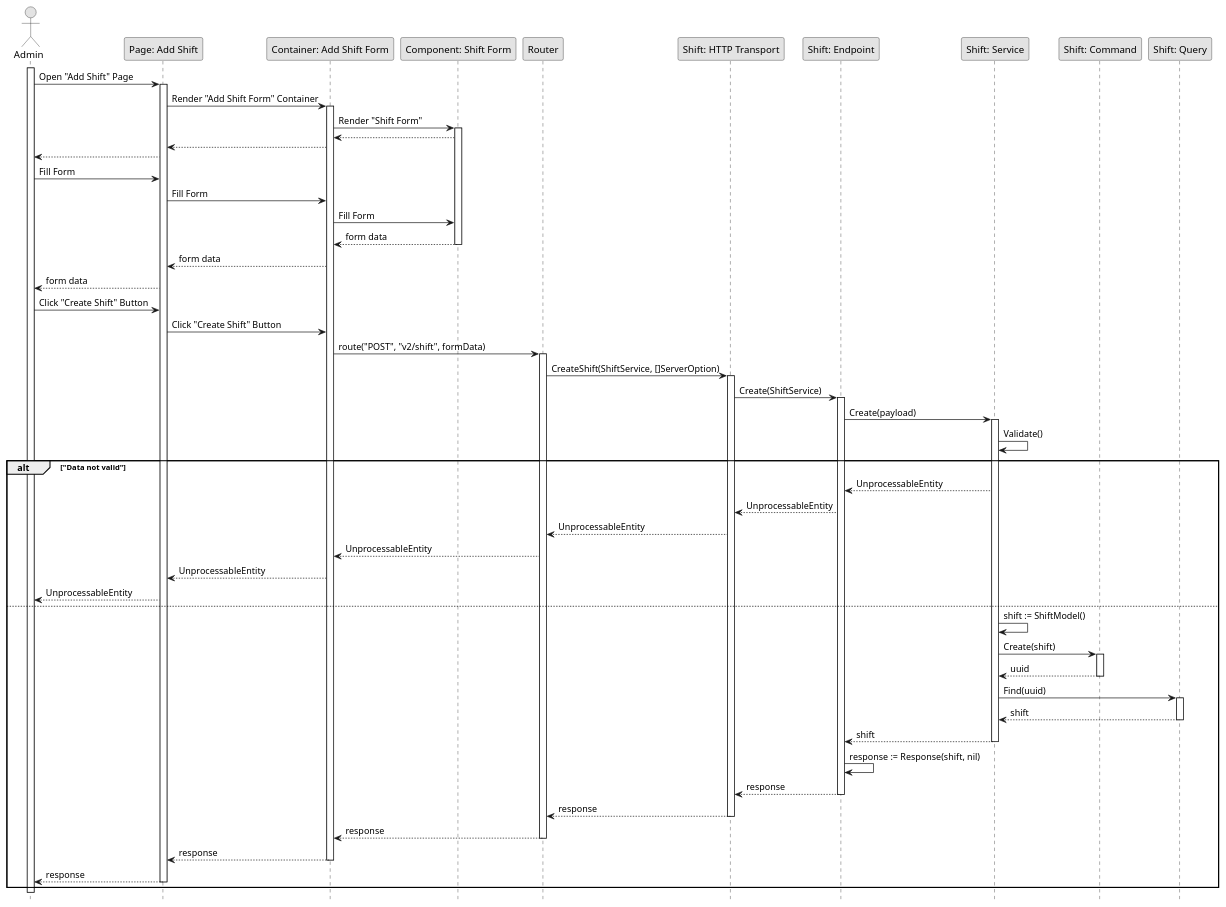
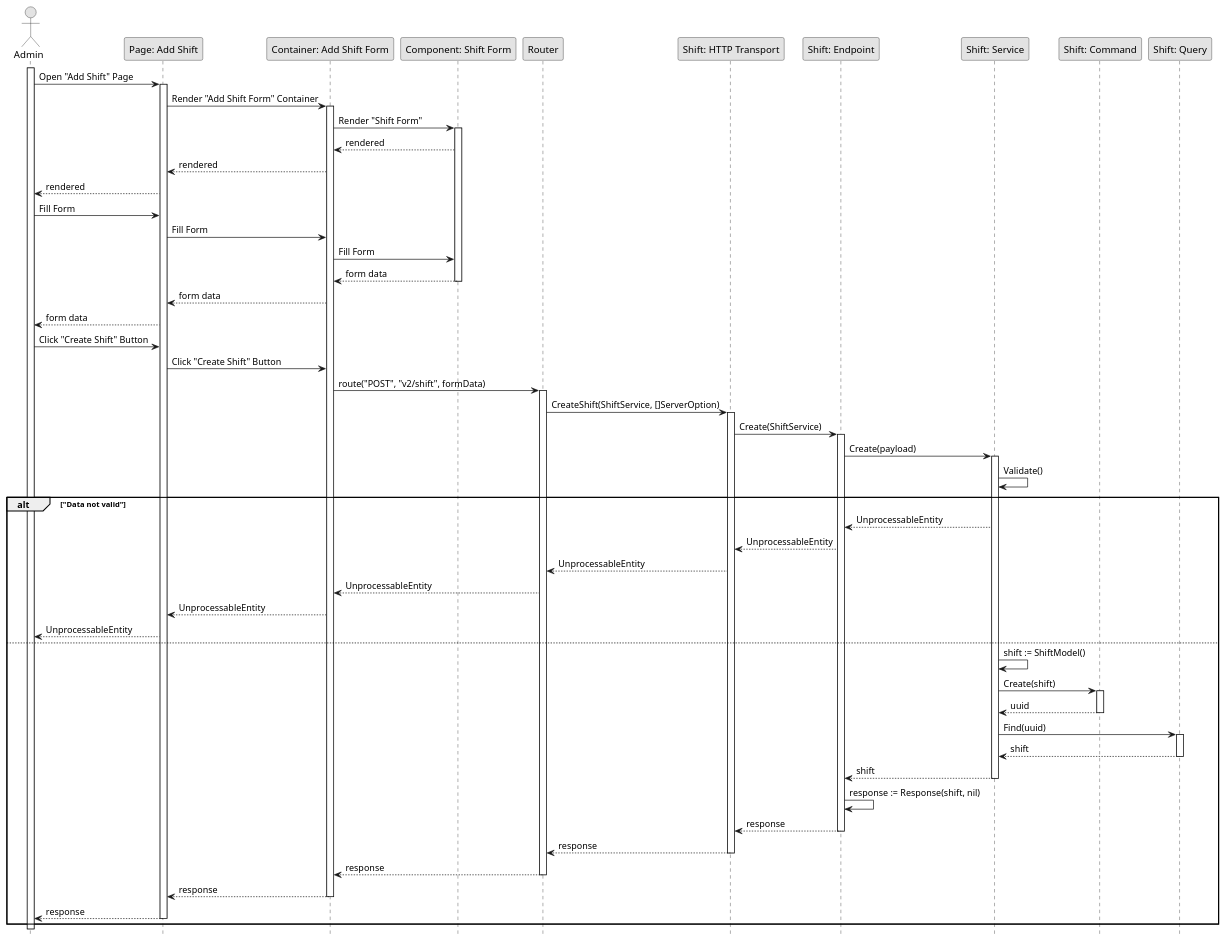
One commit to fwidjaya20/fazzlearning-uml changed the diagram in Sequence/Release02/CreateShift.wsd. Above: the diagram before and after it, drawn with PlantUML. The commit also changed 26 other files, not shown here.

Commit message:
fix(sequence): adding return wording

```diff
--- a/Sequence/Release02/CreateShift.wsd
+++ b/Sequence/Release02/CreateShift.wsd
@@ -1,84 +1,84 @@
 @startuml CreateShift
 
 skinparam Monochrome true
 skinparam Shadowing false
 hide footbox
 
 actor Admin
 participant "Page: Add Shift" as AddShiftPage
 participant "Container: Add Shift Form" as AddShiftFormContainer
 participant "Component: Shift Form" as ShiftForm
 participant "Router" as Router
 participant "Shift: HTTP Transport" as ShiftHTTPTransport
 participant "Shift: Endpoint" as ShiftEndpoint
 participant "Shift: Service" as ShiftService
 participant "Shift: Command" as ShiftCommand
 participant "Shift: Query" as ShiftQuery
 
 activate Admin
 
 Admin->AddShiftPage: Open "Add Shift" Page
 activate AddShiftPage
 AddShiftPage->AddShiftFormContainer: Render "Add Shift Form" Container
 activate AddShiftFormContainer
 AddShiftFormContainer->ShiftForm: Render "Shift Form"
 activate ShiftForm
-ShiftForm-->AddShiftFormContainer
-AddShiftFormContainer-->AddShiftPage
-AddShiftPage-->Admin
+ShiftForm-->AddShiftFormContainer: rendered
+AddShiftFormContainer-->AddShiftPage: rendered
+AddShiftPage-->Admin: rendered
 
 Admin->AddShiftPage: Fill Form
 AddShiftPage->AddShiftFormContainer: Fill Form
 AddShiftFormContainer->ShiftForm: Fill Form
 ShiftForm-->AddShiftFormContainer: form data
 deactivate ShiftForm
 AddShiftFormContainer-->AddShiftPage: form data
 AddShiftPage-->Admin: form data
 
 Admin->AddShiftPage: Click "Create Shift" Button
 AddShiftPage->AddShiftFormContainer: Click "Create Shift" Button
 AddShiftFormContainer->Router: route("POST", "v2/shift", formData)
 activate Router
 Router->ShiftHTTPTransport: CreateShift(ShiftService, []ServerOption)
 activate ShiftHTTPTransport
 ShiftHTTPTransport->ShiftEndpoint: Create(ShiftService)
 activate ShiftEndpoint
 ShiftEndpoint->ShiftService: Create(payload)
 activate ShiftService
 ShiftService->ShiftService: Validate()
 
 alt "Data not valid"
     ShiftService-->ShiftEndpoint: UnprocessableEntity
     ShiftEndpoint-->ShiftHTTPTransport: UnprocessableEntity
     ShiftHTTPTransport-->Router: UnprocessableEntity
     Router-->AddShiftFormContainer: UnprocessableEntity
     AddShiftFormContainer-->AddShiftPage: UnprocessableEntity
     AddShiftPage-->Admin: UnprocessableEntity
 else
     ShiftService->ShiftService: shift := ShiftModel()
     ShiftService->ShiftCommand: Create(shift)
     activate ShiftCommand
     ShiftCommand-->ShiftService: uuid
     deactivate ShiftCommand
     ShiftService->ShiftQuery: Find(uuid)
     activate ShiftQuery
     ShiftQuery-->ShiftService: shift
     deactivate ShiftQuery
     ShiftService-->ShiftEndpoint: shift
     deactivate ShiftService
     ShiftEndpoint->ShiftEndpoint: response := Response(shift, nil)
     ShiftEndpoint-->ShiftHTTPTransport: response
     deactivate ShiftEndpoint
     ShiftHTTPTransport-->Router: response
     deactivate ShiftHTTPTransport
     Router-->AddShiftFormContainer: response
     deactivate Router
     AddShiftFormContainer-->AddShiftPage: response
     deactivate AddShiftFormContainer
     AddShiftPage-->Admin: response
     deactivate AddShiftPage
 end
 
 deactivate Admin
 
 @enduml
```
